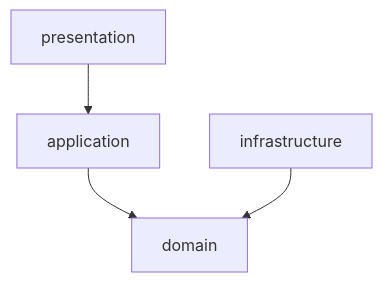
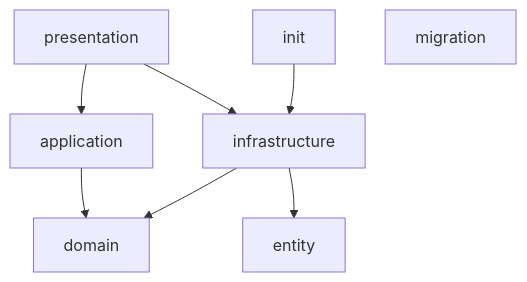
One commit to Myxogastria0808/dashi-server changed the first of 4 diagrams in README.md. Above: the diagram before and after it, drawn with Mermaid. The commit also changed 26 other files, not shown here.

````diff
--- a/README.md
+++ b/README.md
@@ -27,6 +27,10 @@
 ```mermaid
 flowchart TD
     presentation --> application
+    presentation --> infrastructure
     application --> domain
     infrastructure --> domain
+    init --> infrastructure
+    infrastructure --> entity
+    migration
 ```
````
